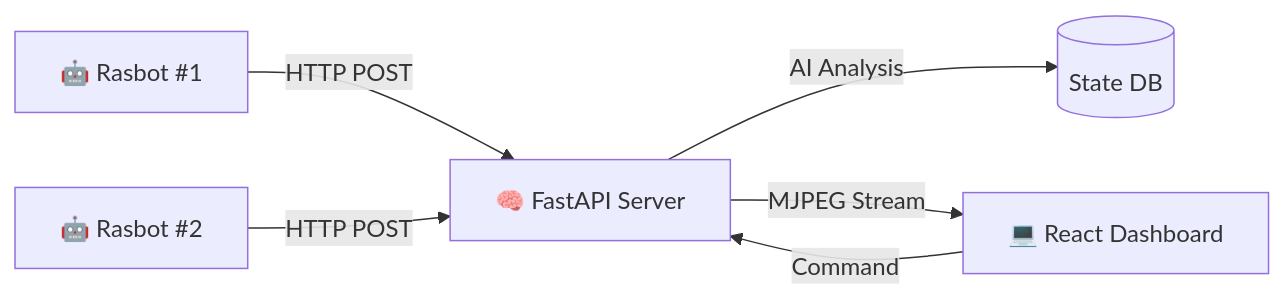
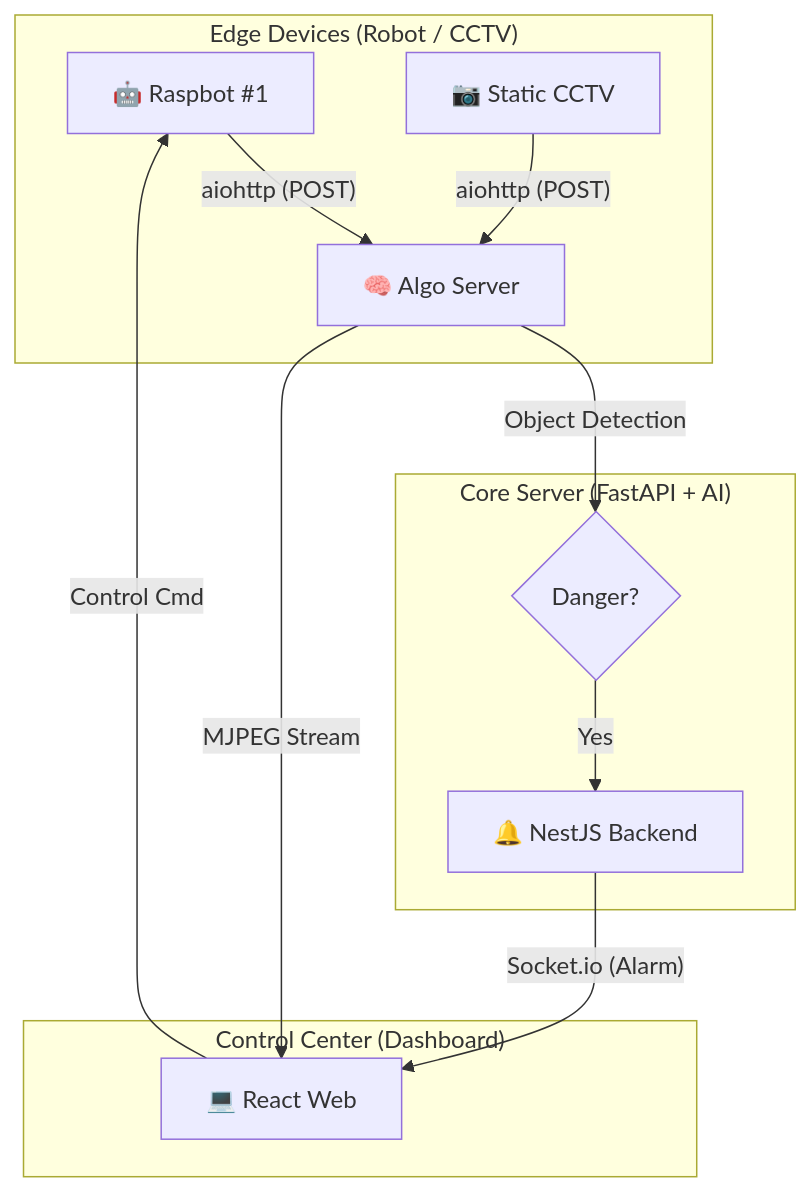
Before and after one commit to thisNorm/lab-guardian: the first of 2 diagrams in README.md, drawn with Mermaid. The commit also changed other lines of this file, not shown here.

````diff
--- a/README.md
+++ b/README.md
@@ -40,8 +33,18 @@
 ```mermaid
-graph LR
-    A[🤖 Rasbot #1] -- HTTP POST --> C[🧠 FastAPI Server]
-    B[🤖 Rasbot #2] -- HTTP POST --> C
-    C -- AI Analysis --> D[(State DB)]
-    C -- MJPEG Stream --> E[💻 React Dashboard]
-    E -- Command --> C
+graph TD
+    subgraph "Edge Devices (Robot / CCTV)"
+        A[🤖 Raspbot #1] -- aiohttp (POST) --> C
+        B[📷 Static CCTV] -- aiohttp (POST) --> C
+    end
+
+    subgraph "Core Server (FastAPI + AI)"
+        C[🧠 Algo Server] -- Object Detection --> D{Danger?}
+        D -- Yes --> E[🔔 NestJS Backend]
+    end
+
+    subgraph "Control Center (Dashboard)"
+        E -- Socket.io (Alarm) --> F[💻 React Web]
+        C -- MJPEG Stream --> F
+        F -- Control Cmd --> A
+    end
 ```
````
